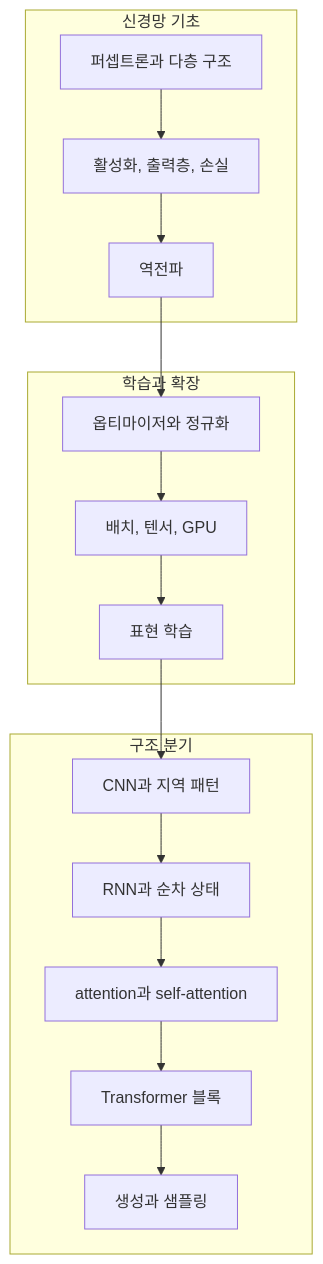
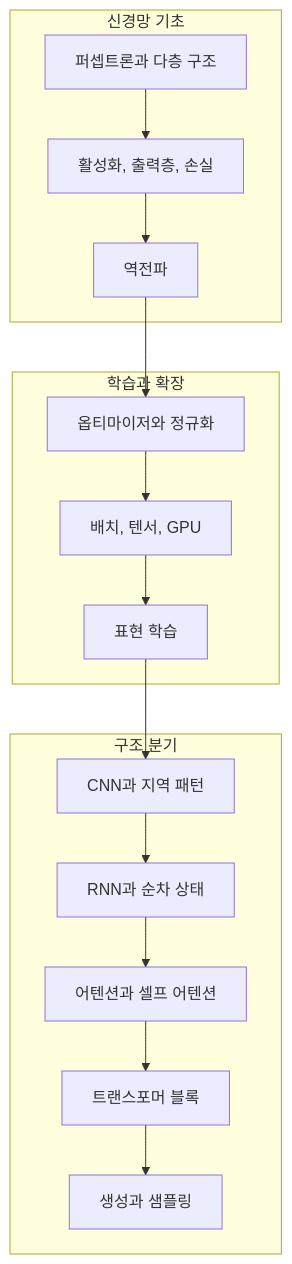
Before and after one commit to devchan64/AiBook: the diagram in docs/assets/part-05/part5-learning-map-ko.mmd, drawn with Mermaid. The commit also changed 79 other files, not shown here.

Commit message:
Refine part 5 support materials and part 6 tokenization flow

```diff
--- a/docs/assets/part-05/part5-learning-map-ko.mmd
+++ b/docs/assets/part-05/part5-learning-map-ko.mmd
@@ -1,20 +1,20 @@
 flowchart TD
   subgraph A["신경망 기초"]
     A1["퍼셉트론과 다층 구조"] --> A2["활성화, 출력층, 손실"]
     A2 --> A3["역전파"]
   end
 
   subgraph B["학습과 확장"]
     B1["옵티마이저와 정규화"] --> B2["배치, 텐서, GPU"]
     B2 --> B3["표현 학습"]
   end
 
   subgraph C["구조 분기"]
     C1["CNN과 지역 패턴"] --> C2["RNN과 순차 상태"]
-    C2 --> C3["attention과 self-attention"]
-    C3 --> C4["Transformer 블록"]
+    C2 --> C3["어텐션과 셀프 어텐션"]
+    C3 --> C4["트랜스포머 블록"]
     C4 --> C5["생성과 샘플링"]
   end
 
   A3 --> B1
   B3 --> C1
```
